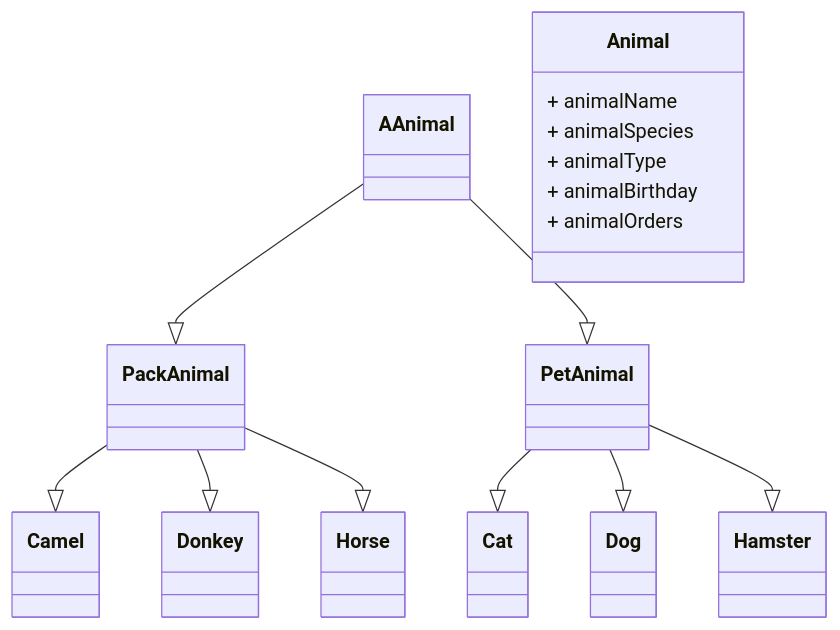
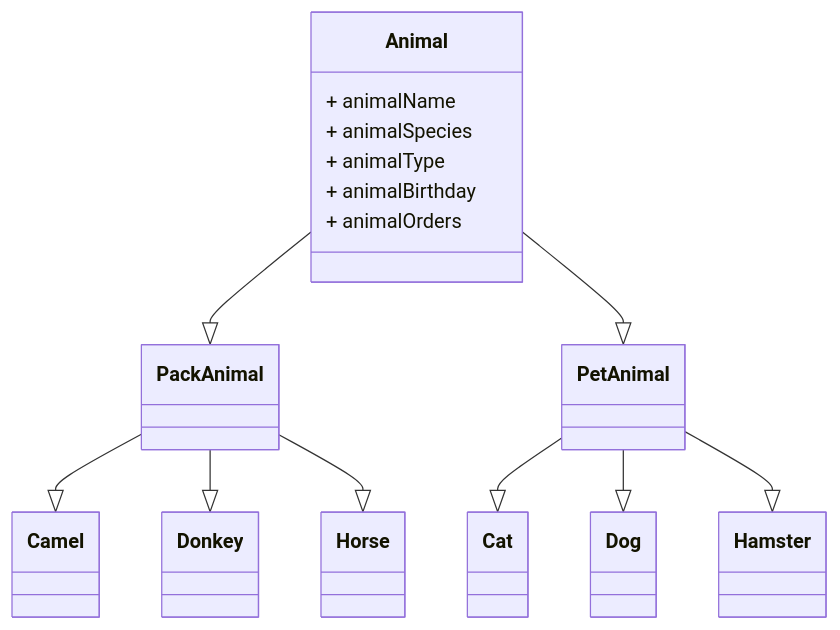
The diagram in README.md (mkazachkin/Animals), drawn with Mermaid before and after one commit.

Commit message:
README fix

````diff
--- a/README.md
+++ b/README.md
@@ -59,43 +59,43 @@
 ```mermaid
 classDiagram
     PetAnimal --|> Cat
     PetAnimal --|> Dog
     PetAnimal --|> Hamster
     PackAnimal --|> Camel
     PackAnimal --|> Donkey
     PackAnimal --|> Horse
-    AAnimal  --|> PackAnimal
-    AAnimal  --|> PetAnimal
+    Animal  --|> PackAnimal
+    Animal  --|> PetAnimal
     class Cat {
 
     }
     class Dog {
 
     }
     class Hamster {
 
     }
     class Camel {
 
     }
     class Donkey {
 
     }
     class Horse {
 
     }
     class PetAnimal {
 
     }
     class PackAnimal {
 
     }
     class Animal {
         + animalName
         + animalSpecies
         + animalType
         + animalBirthday
         + animalOrders
     }
 
 ```
````
